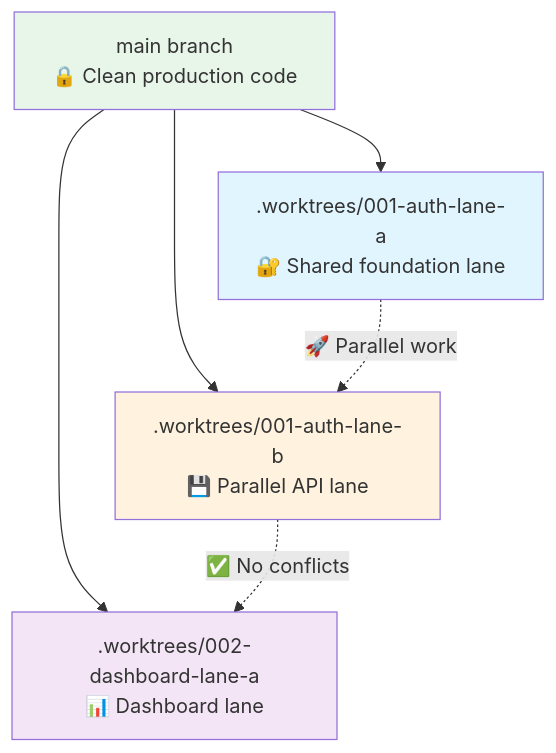
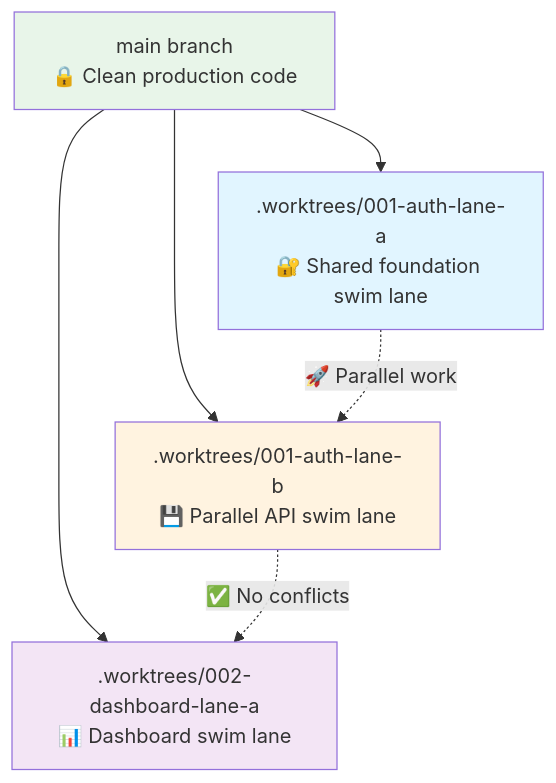
One commit to Priivacy-ai/spec-kitty changed the fourth of 4 diagrams in README.md. Above: the diagram before and after it, drawn with Mermaid. The commit also changed other lines of this file, not shown here.

Commit message:
docs: describe worktree strategy with swim lanes

````diff
--- a/README.md
+++ b/README.md
@@ -1040,19 +1041,19 @@
 ```mermaid
 graph TD
     Main[main branch<br/>🔒 Clean production code]
-    WT1[.worktrees/001-auth-lane-a<br/>🔐 Shared foundation lane]
-    WT2[.worktrees/001-auth-lane-b<br/>💾 Parallel API lane]
-    WT3[.worktrees/002-dashboard-lane-a<br/>📊 Dashboard lane]
+    WT1[.worktrees/001-auth-lane-a<br/>🔐 Shared foundation swim lane]
+    WT2[.worktrees/001-auth-lane-b<br/>💾 Parallel API swim lane]
+    WT3[.worktrees/002-dashboard-lane-a<br/>📊 Dashboard swim lane]
 
     Main --> WT1
     Main --> WT2
     Main --> WT3
 
     WT1 -.->|🚀 Parallel work| WT2
     WT2 -.->|✅ No conflicts| WT3
 
     style Main fill:#e8f5e9
     style WT1 fill:#e1f5ff
     style WT2 fill:#fff3e0
     style WT3 fill:#f3e5f5
 ```
````
